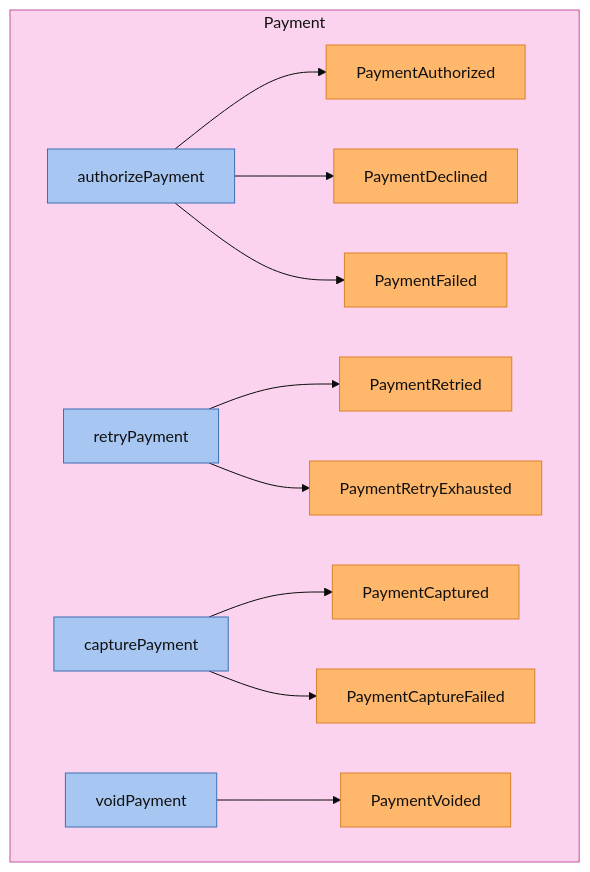
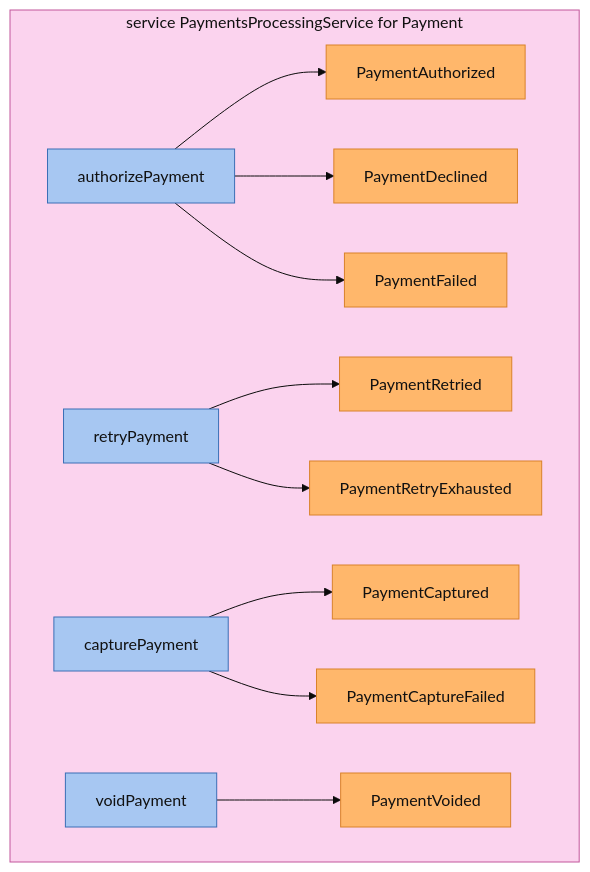
Before and after one commit to ZenWave360/dsl-kotlin: the second of 5 diagrams in dsl-docs/src/commonTest/resources/snapshots/arcadia-modulith/modules/payments-processing.md, drawn with Mermaid (base theme). The commit also changed other lines of this file and 14 other files, not shown here.

Commit message:
feat(views,docs): service box label as in the ZDL, @json field types, one domain events diagram per ZDL

````diff
--- a/dsl-docs/src/commonTest/resources/snapshots/arcadia-modulith/modules/payments-processing.md
+++ b/dsl-docs/src/commonTest/resources/snapshots/arcadia-modulith/modules/payments-processing.md
@@ -126,41 +125,41 @@
 ```mermaid
 flowchart LR
   classDef command fill:#a7c7f2,stroke:#3b6fb6,color:#111
   classDef event fill:#ffb76b,stroke:#d9822b,color:#111
-  subgraph agg_Payment["Payment"]
+  subgraph agg_PaymentsProcessingService["service PaymentsProcessingService for Payment"]
     direction LR
     cmd_authorizePayment["authorizePayment"]
     cmd_retryPayment["retryPayment"]
     cmd_capturePayment["capturePayment"]
     cmd_voidPayment["voidPayment"]
     evt_PaymentAuthorized["PaymentAuthorized"]
     evt_PaymentDeclined["PaymentDeclined"]
     evt_PaymentFailed["PaymentFailed"]
     evt_PaymentRetried["PaymentRetried"]
     evt_PaymentRetryExhausted["PaymentRetryExhausted"]
     evt_PaymentCaptured["PaymentCaptured"]
     evt_PaymentCaptureFailed["PaymentCaptureFailed"]
     evt_PaymentVoided["PaymentVoided"]
   end
-  style agg_Payment fill:#fbd3ee,stroke:#c2569b,color:#111
+  style agg_PaymentsProcessingService fill:#fbd3ee,stroke:#c2569b,color:#111
   class cmd_authorizePayment command
   class cmd_retryPayment command
   class cmd_capturePayment command
   class cmd_voidPayment command
   class evt_PaymentAuthorized event
   class evt_PaymentDeclined event
   class evt_PaymentFailed event
   class evt_PaymentRetried event
   class evt_PaymentRetryExhausted event
   class evt_PaymentCaptured event
   class evt_PaymentCaptureFailed event
   class evt_PaymentVoided event
   cmd_authorizePayment --> evt_PaymentAuthorized
   cmd_authorizePayment --> evt_PaymentDeclined
   cmd_authorizePayment --> evt_PaymentFailed
   cmd_retryPayment --> evt_PaymentRetried
   cmd_retryPayment --> evt_PaymentRetryExhausted
   cmd_capturePayment --> evt_PaymentCaptured
   cmd_capturePayment --> evt_PaymentCaptureFailed
   cmd_voidPayment --> evt_PaymentVoided
 ```
````
